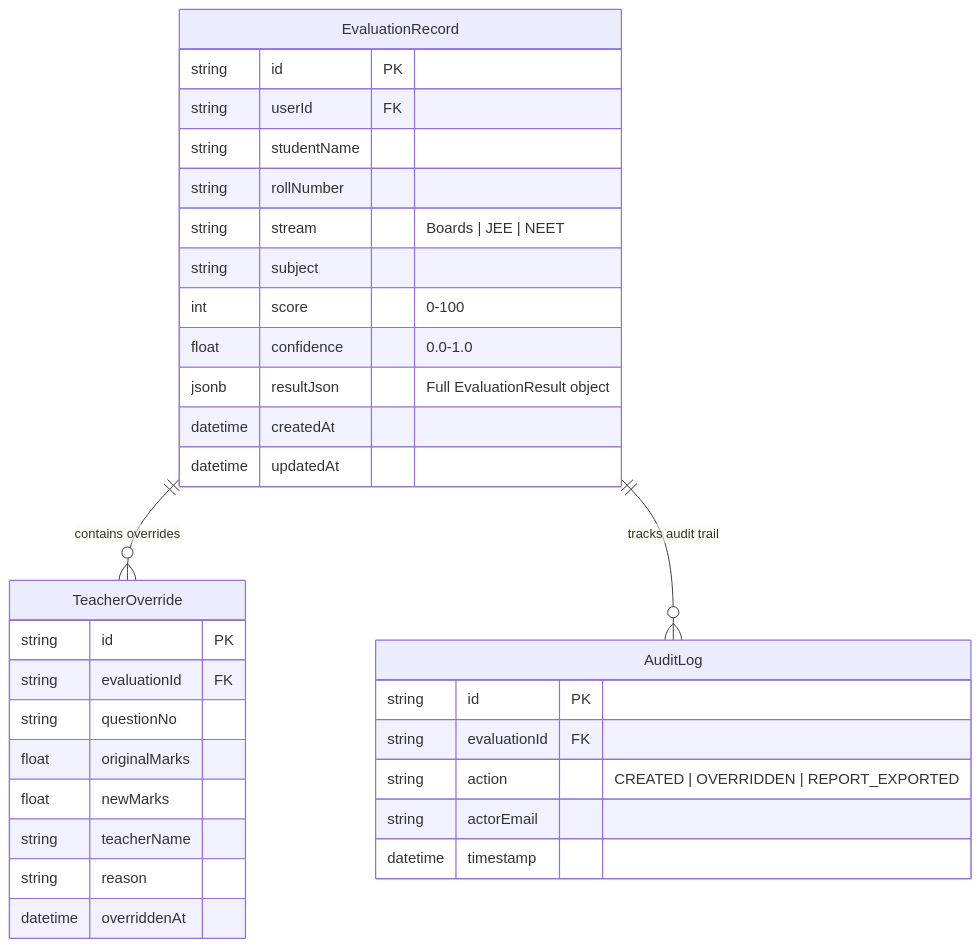
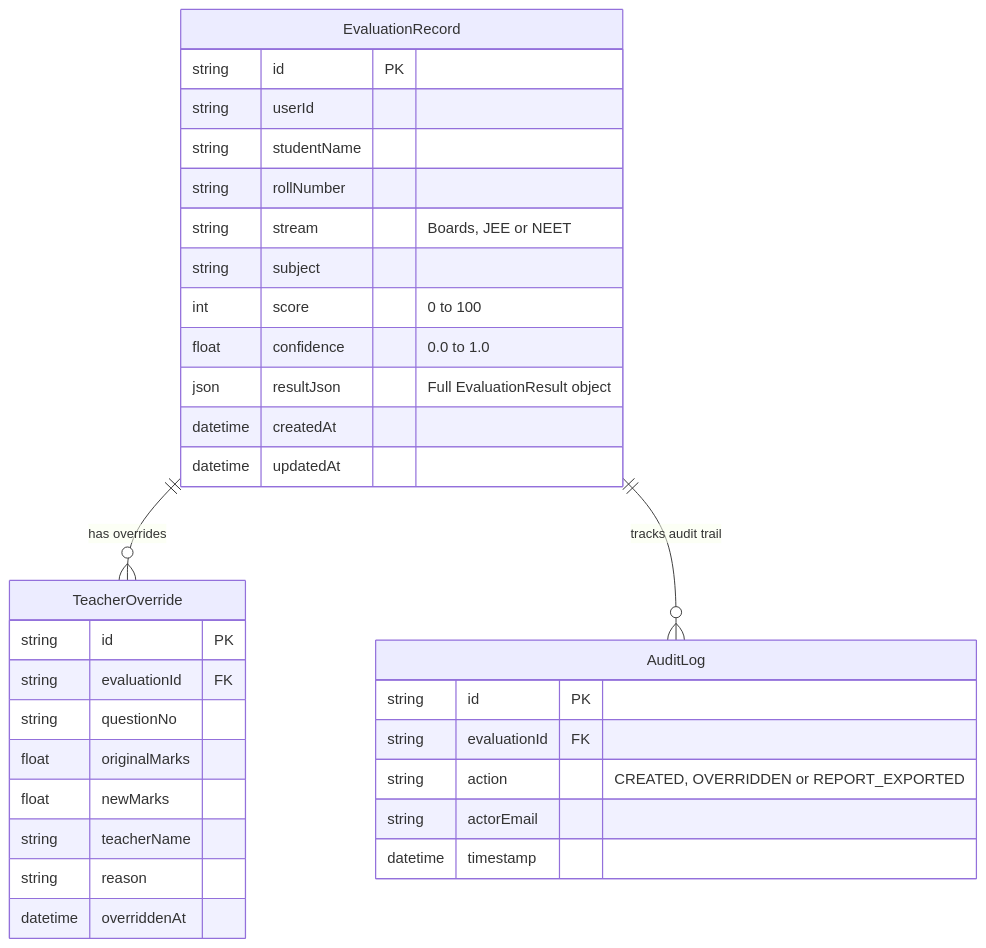
Before and after one commit to DevSars24/PrepForge: the eighth of 9 diagrams in README.md, drawn with Mermaid. The commit also changed other lines of this file, not shown here.

````diff
--- a/README.md
+++ b/README.md
@@ -380,38 +389,38 @@
 ```mermaid
 erDiagram
     EvaluationRecord {
         string id PK
-        string userId FK
+        string userId
         string studentName
         string rollNumber
-        string stream "Boards | JEE | NEET"
+        string stream "Boards, JEE or NEET"
         string subject
-        int score "0-100"
-        float confidence "0.0-1.0"
-        jsonb resultJson "Full EvaluationResult object"
+        int score "0 to 100"
+        float confidence "0.0 to 1.0"
+        json resultJson "Full EvaluationResult object"
         datetime createdAt
         datetime updatedAt
     }
 
     TeacherOverride {
         string id PK
         string evaluationId FK
         string questionNo
         float originalMarks
         float newMarks
         string teacherName
         string reason
         datetime overriddenAt
     }
 
     AuditLog {
         string id PK
         string evaluationId FK
-        string action "CREATED | OVERRIDDEN | REPORT_EXPORTED"
+        string action "CREATED, OVERRIDDEN or REPORT_EXPORTED"
         string actorEmail
         datetime timestamp
     }
 
-    EvaluationRecord ||--o{ TeacherOverride : "contains overrides"
+    EvaluationRecord ||--o{ TeacherOverride : "has overrides"
     EvaluationRecord ||--o{ AuditLog : "tracks audit trail"
 ```
````
